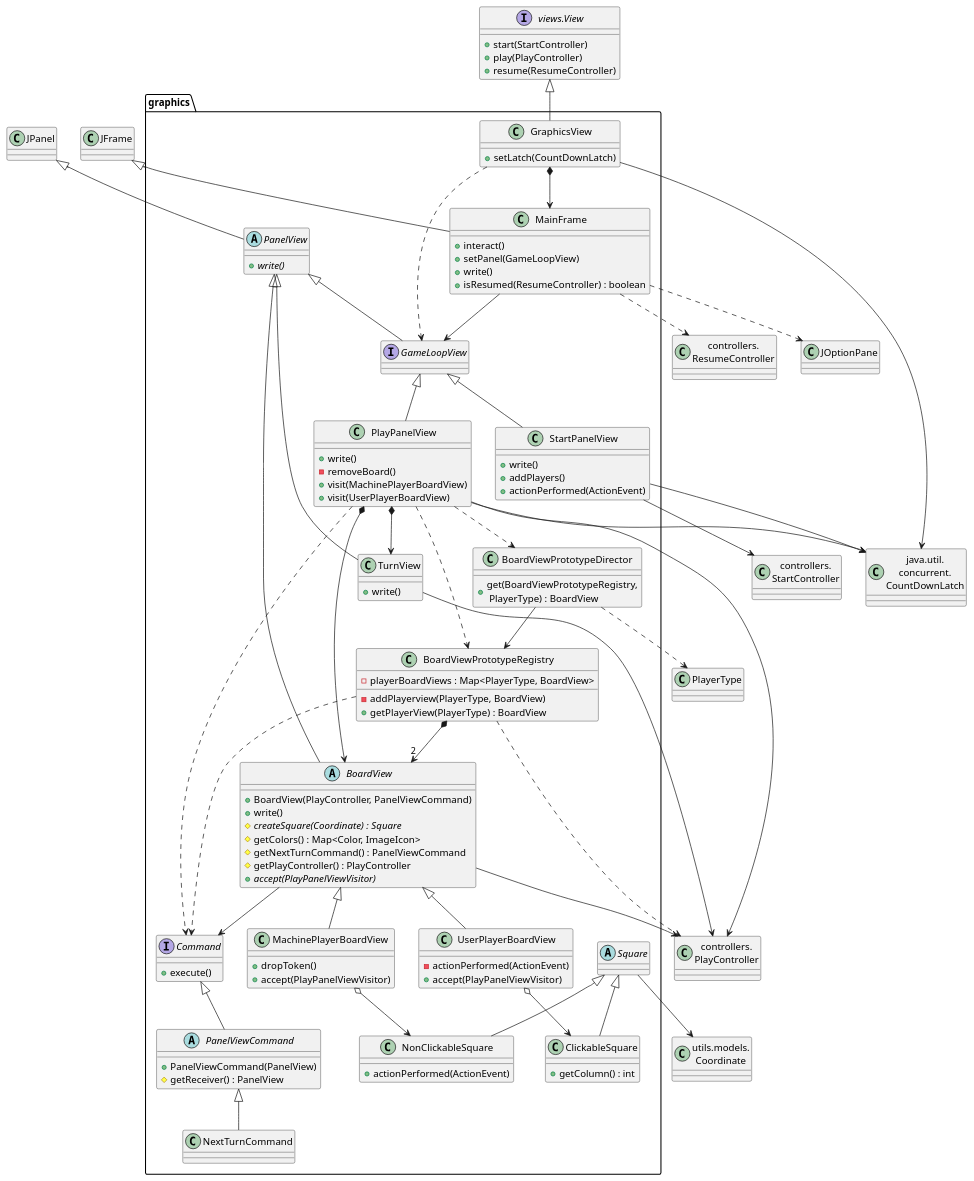
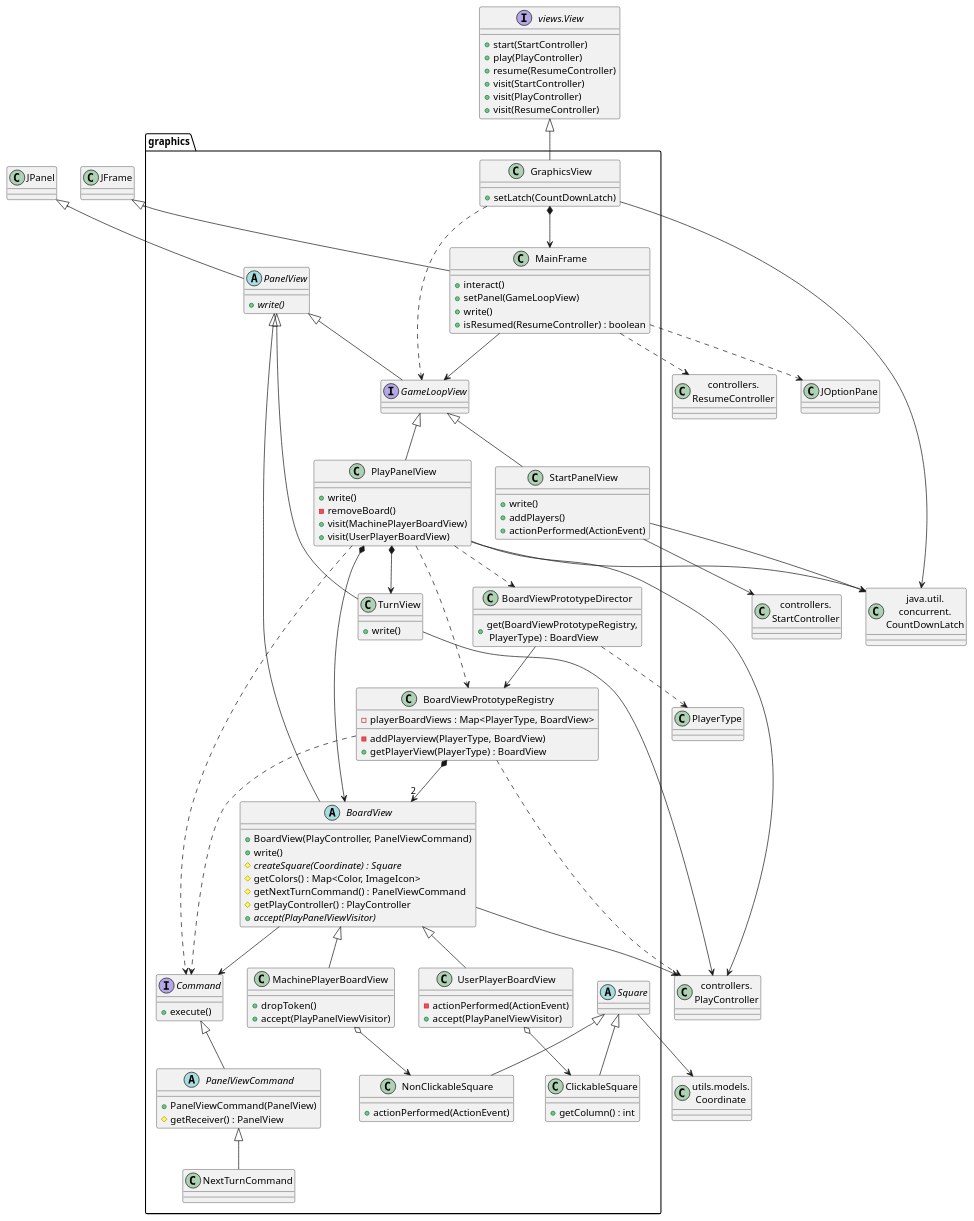
The diagram in connect4/Docs/diagrams/src/packages/connect4.connect4.views.graphics.plantuml (js-rom/connect4), drawn with PlantUML before and after one commit. The commit also changed 9 other files, not shown here.

```diff
--- a/connect4/Docs/diagrams/src/packages/connect4.connect4.views.graphics.plantuml
+++ b/connect4/Docs/diagrams/src/packages/connect4.connect4.views.graphics.plantuml
@@ -1,141 +1,144 @@
 @startuml connect4.connect4.views.graphics
 class graphics.GraphicsView {
     +setLatch(CountDownLatch)
 }
 
 class CountDownLatch as "java.util.\nconcurrent.\nCountDownLatch"
 class graphics.MainFrame{
      +interact()
     +setPanel(GameLoopView)
     +write()
     +isResumed(ResumeController) : boolean
 }
 abstract class graphics.PanelView {
     + {abstract} write()
 }
 interface graphics.GameLoopView
 class graphics.StartPanelView {
     +write()
     +addPlayers()
     +actionPerformed(ActionEvent)
 }
 
 class graphics.PlayPanelView{
     +write()
     -removeBoard()
     +visit(MachinePlayerBoardView)
     +visit(UserPlayerBoardView)
 }
 abstract class graphics.BoardView {
     + BoardView(PlayController, PanelViewCommand)
     + write()
     #  {abstract}  createSquare(Coordinate) : Square
     # getColors() : Map<Color, ImageIcon>
     # getNextTurnCommand() : PanelViewCommand
     # getPlayController() : PlayController
     +  {abstract}  accept(PlayPanelViewVisitor)
 }
 class graphics.BoardViewPrototypeDirector{
     +get(BoardViewPrototypeRegistry,\n PlayerType) : BoardView
 }
 class graphics.BoardViewPrototypeRegistry{
     -playerBoardViews : Map<PlayerType, BoardView> 
     -addPlayerview(PlayerType, BoardView)
     +getPlayerView(PlayerType) : BoardView
 }
 interface graphics.Command {
     +execute()
 }
 abstract class graphics.PanelViewCommand {
     +PanelViewCommand(PanelView)
     #getReceiver() : PanelView
 }
 class graphics.MachinePlayerBoardView {
     +dropToken()
     +accept(PlayPanelViewVisitor)
 }
 class graphics.UserPlayerBoardView{
     -actionPerformed(ActionEvent)
     +accept(PlayPanelViewVisitor)
 }
 
 class graphics.NextTurnCommand
 abstract class graphics.Square
 class graphics.ClickableSquare {
     + getColumn() : int
 }
 class graphics.NonClickableSquare {
     + actionPerformed(ActionEvent)
 }
 class graphics.TurnView{
     +write()
 }
 abstract class graphics.PanelView
 class StartController as "controllers.\nStartController"
 class PlayController as "controllers.\nPlayController"
 class ResumeController as "controllers.\nResumeController"
 class Coordinate as "utils.models.\nCoordinate"
 interface View as "views.View"{
     +start(StartController)
     +play(PlayController)
     +resume(ResumeController)
+    +visit(StartController)
+    +visit(PlayController)
+    +visit(ResumeController)
 }
 
 
 GraphicsView --> CountDownLatch
 class JFrame
 JFrame <|-- MainFrame
 GraphicsView *--> MainFrame
 
 
 StartPanelView --> StartController
 StartPanelView --> CountDownLatch
 PlayPanelView --> PlayController
 PlayPanelView --> CountDownLatch
 BoardView --> PlayController
 TurnView --> PlayController
 MainFrame ..> ResumeController
 
 
 View <|-- GraphicsView
 
 class JOptionPane
 MainFrame ..> JOptionPane
 
 JPanel <|-- PanelView
 PanelView <|-- GameLoopView
 GameLoopView <|-- StartPanelView
 GameLoopView <|-- PlayPanelView
 PanelView <|-- BoardView
 PanelView <|-- TurnView
 
 GraphicsView ..> GameLoopView
 MainFrame --> GameLoopView
 
 PlayPanelView *--> BoardView
 PlayPanelView *--> TurnView
 PlayPanelView ..> BoardViewPrototypeRegistry
 PlayPanelView ..> BoardViewPrototypeDirector
 BoardViewPrototypeDirector --> BoardViewPrototypeRegistry
 BoardViewPrototypeDirector ..> PlayerType
 BoardViewPrototypeRegistry ..> PlayController
 BoardViewPrototypeRegistry ..> Command
 BoardViewPrototypeRegistry *--> "2"BoardView
 
 
 PlayPanelView ..> Command
 
 Command <|-- PanelViewCommand
 PanelViewCommand <|-- NextTurnCommand
 
 
 BoardView <|-- MachinePlayerBoardView
 BoardView <|-- UserPlayerBoardView
 MachinePlayerBoardView o--> NonClickableSquare
 UserPlayerBoardView o--> ClickableSquare
 Square <|-- ClickableSquare
 Square <|-- NonClickableSquare
 BoardView --> Command
 
 Square --> Coordinate
 @enduml
```
